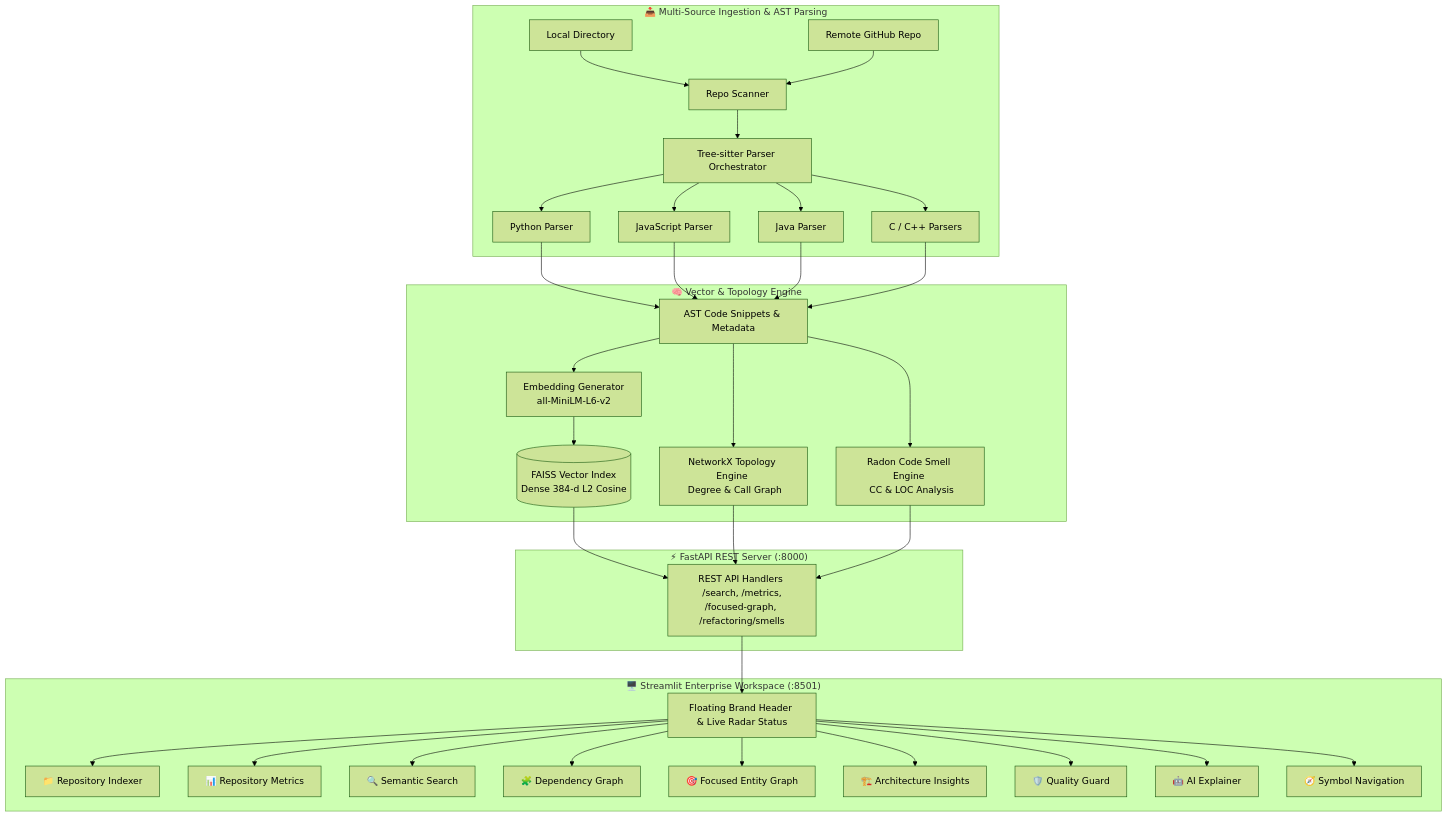
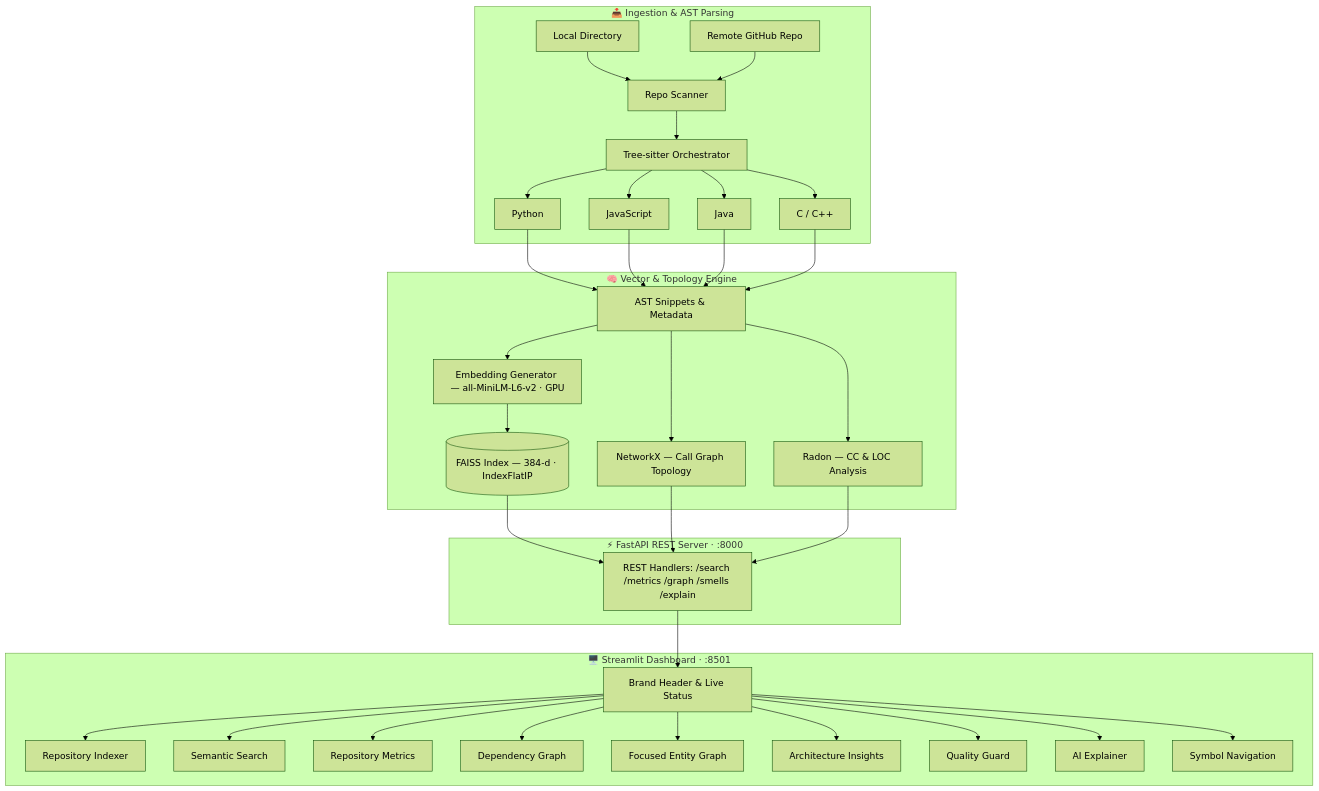
Before and after one commit to Spandan228/ai-code-intelligence-engine: the diagram in README.md, drawn with Mermaid (forest theme). The commit also changed other lines of this file, not shown here.

Commit message:
docs(readme): industry-standard rewrite — GPU requirements, troubleshooting, updated test count (31), full API reference, vector_store structure, project ToC

````diff
--- a/README.md
+++ b/README.md
@@ -53,37 +79,37 @@
 ```mermaid
 flowchart TD
-    subgraph INGESTION ["📥 Multi-Source Ingestion & AST Parsing"]
+    subgraph INGESTION ["📥 Ingestion & AST Parsing"]
         A1[Local Directory] --> B[Repo Scanner]
         A2[Remote GitHub Repo] --> B
-        B --> C[Tree-sitter Parser Orchestrator]
-        C --> D1[Python Parser]
-        C --> D2[JavaScript Parser]
-        C --> D3[Java Parser]
-        C --> D4[C / C++ Parsers]
+        B --> C[Tree-sitter Orchestrator]
+        C --> D1[Python]
+        C --> D2[JavaScript]
+        C --> D3[Java]
+        C --> D4["C / C++"]
     end
 
     subgraph INTELLIGENCE ["🧠 Vector & Topology Engine"]
-        D1 & D2 & D3 & D4 --> E[AST Code Snippets & Metadata]
-        E --> F[Embedding Generator <br> all-MiniLM-L6-v2]
-        F --> G[(FAISS Vector Index <br> Dense 384-d L2 Cosine)]
-        E --> H[NetworkX Topology Engine <br> Degree & Call Graph]
-        E --> I[Radon Code Smell Engine <br> CC & LOC Analysis]
+        D1 & D2 & D3 & D4 --> E[AST Snippets & Metadata]
+        E --> F["Embedding Generator — all-MiniLM-L6-v2 · GPU"]
+        F --> G[("FAISS Index — 384-d · IndexFlatIP")]
+        E --> H["NetworkX — Call Graph Topology"]
+        E --> I["Radon — CC & LOC Analysis"]
     end
 
-    subgraph BACKEND ["⚡ FastAPI REST Server (:8000)"]
-        G & H & I --> J[REST API Handlers <br> /search, /metrics, /focused-graph, /refactoring/smells]
+    subgraph BACKEND ["⚡ FastAPI REST Server · :8000"]
+        G & H & I --> J["REST Handlers: /search /metrics /graph /smells /explain"]
     end
 
-    subgraph FRONTEND ["🖥️ Streamlit Enterprise Workspace (:8501)"]
-        J --> K[Floating Brand Header & Live Radar Status]
-        K --> L1[📁 Repository Indexer]
-        K --> L2[📊 Repository Metrics]
-        K --> L3[🔍 Semantic Search]
-        K --> L4[🧩 Dependency Graph]
-        K --> L5[🎯 Focused Entity Graph]
-        K --> L6[🏗️ Architecture Insights]
-        K --> L7[🛡️ Quality Guard]
-        K --> L8[🤖 AI Explainer]
-        K --> L9[🧭 Symbol Navigation]
+    subgraph FRONTEND ["🖥️ Streamlit Dashboard · :8501"]
+        J --> K[Brand Header & Live Status]
+        K --> L1[Repository Indexer]
+        K --> L2[Semantic Search]
+        K --> L3[Repository Metrics]
+        K --> L4[Dependency Graph]
+        K --> L5[Focused Entity Graph]
+        K --> L6[Architecture Insights]
+        K --> L7[Quality Guard]
+        K --> L8[AI Explainer]
+        K --> L9[Symbol Navigation]
     end
 ```
````
